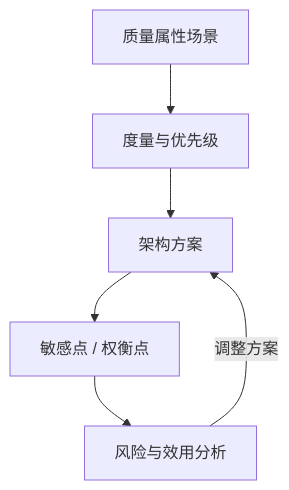
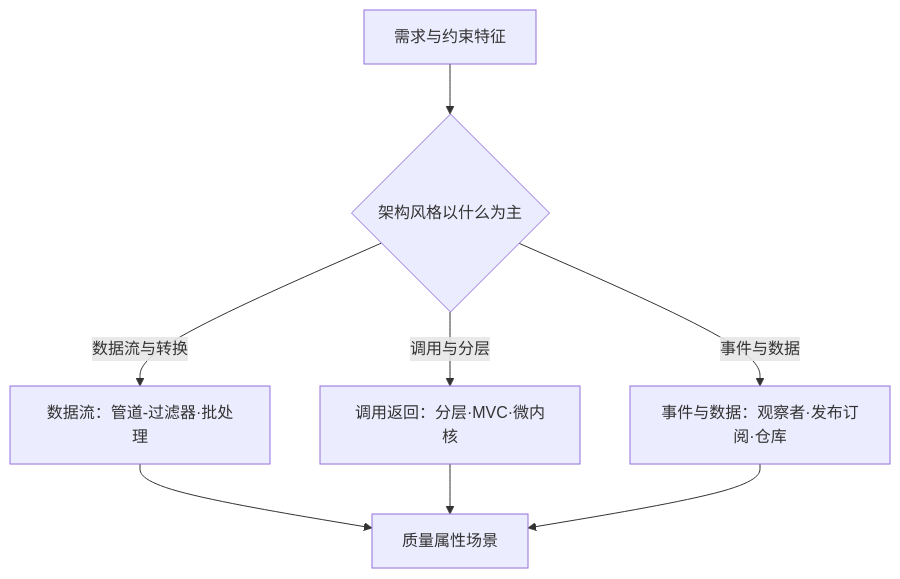
One commit to mingf423/ruankao changed the fifth of 7 diagrams in docs/system-architecture-designer/01_官方大纲与考试政策/01_综合知识大纲脑图.md. Above: the diagram before and after it, drawn with Mermaid. The commit also changed other lines of this file and 3 other files, not shown here.

Commit message:
docs(脑图): 重构综合知识脑图为 7 张并补案例分析系统计划图

````diff
--- a/docs/system-architecture-designer/01_官方大纲与考试政策/01_综合知识大纲脑图.md
+++ b/docs/system-architecture-designer/01_官方大纲与考试政策/01_综合知识大纲脑图.md
@@ -88,8 +79,10 @@
 ```mermaid
-flowchart TD
-  A["质量属性场景"] --> B["度量与优先级"]
-  B --> C["架构方案"]
-  C --> D["敏感点 / 权衡点"]
-  D --> E["风险与效用分析"]
-  E -->|"调整方案"| C
+flowchart TB
+  N["需求与约束特征"] --> F{"架构风格以什么为主"}
+  F -->|"数据流与转换"| DF["数据流：管道-过滤器·批处理"]
+  F -->|"调用与分层"| CS["调用返回：分层·MVC·微内核"]
+  F -->|"事件与数据"| EV["事件与数据：观察者·发布订阅·仓库"]
+  DF --> QA["质量属性场景"]
+  CS --> QA
+  EV --> QA
 ```
````
